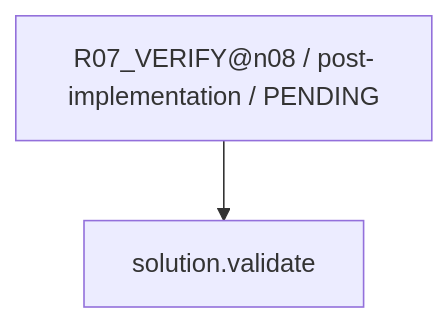
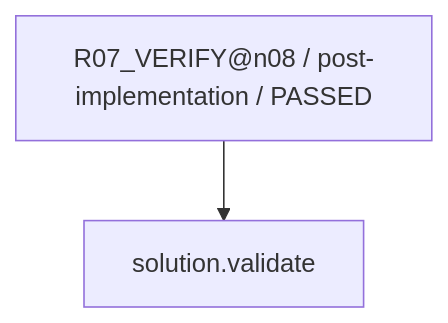
Diagram 11 of 17 in work/items/W-MATH-037-n08-workflow-trial/generated/CAPABILITY_FIRE_DIAGRAM.md (rrikunagasige-dot/kyotsu-step-web), drawn with Mermaid before and after one commit. The commit also changed other lines of this file and 85 other files, not shown here.

````diff
--- a/work/items/W-MATH-037-n08-workflow-trial/generated/CAPABILITY_FIRE_DIAGRAM.md
+++ b/work/items/W-MATH-037-n08-workflow-trial/generated/CAPABILITY_FIRE_DIAGRAM.md
@@ -181,6 +181,6 @@
 ```mermaid
 flowchart TD
-  N0["R07_VERIFY@n08 / post-implementation / PENDING"]
+  N0["R07_VERIFY@n08 / post-implementation / PASSED"]
   N1["solution.validate"]
   N0 --> N1
 ```
````
